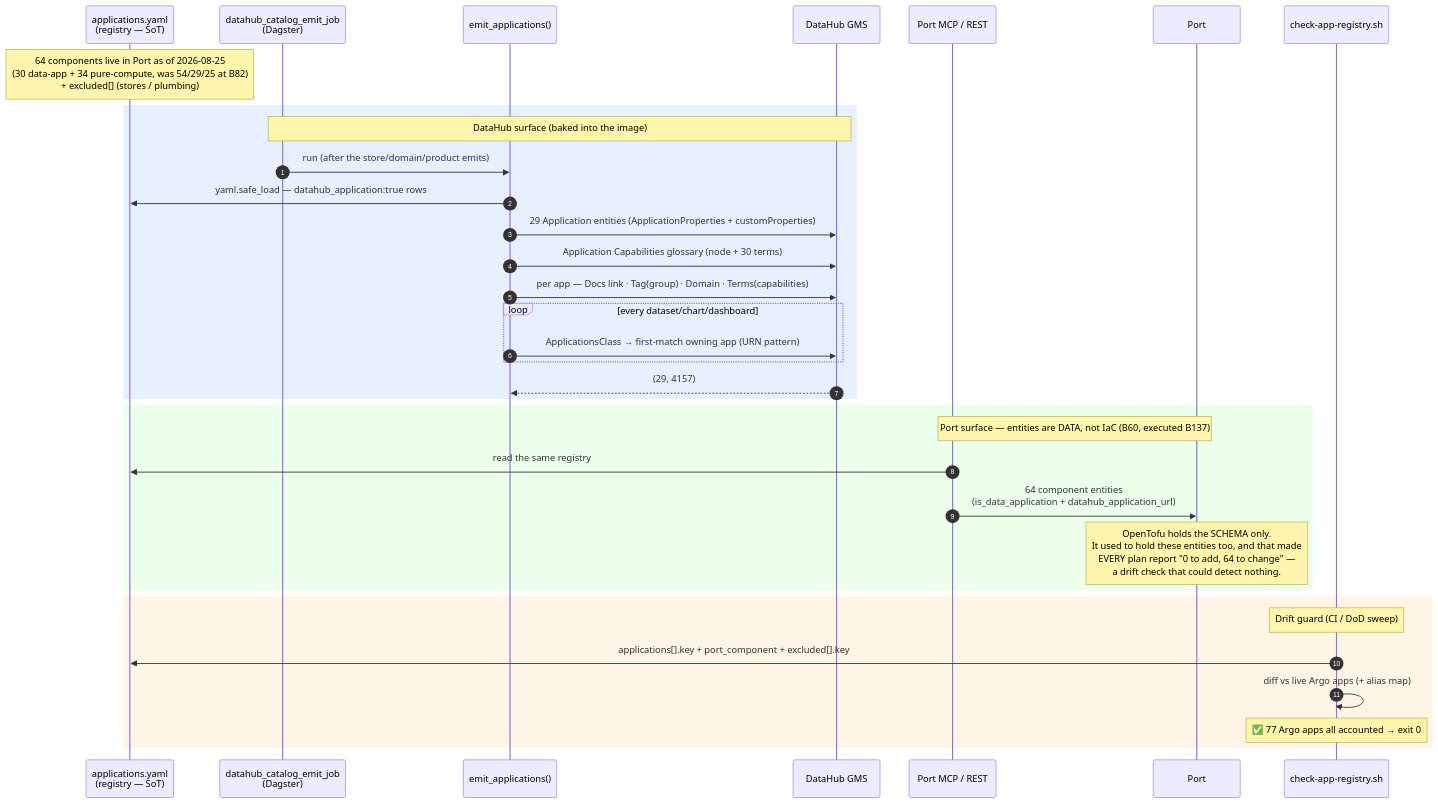
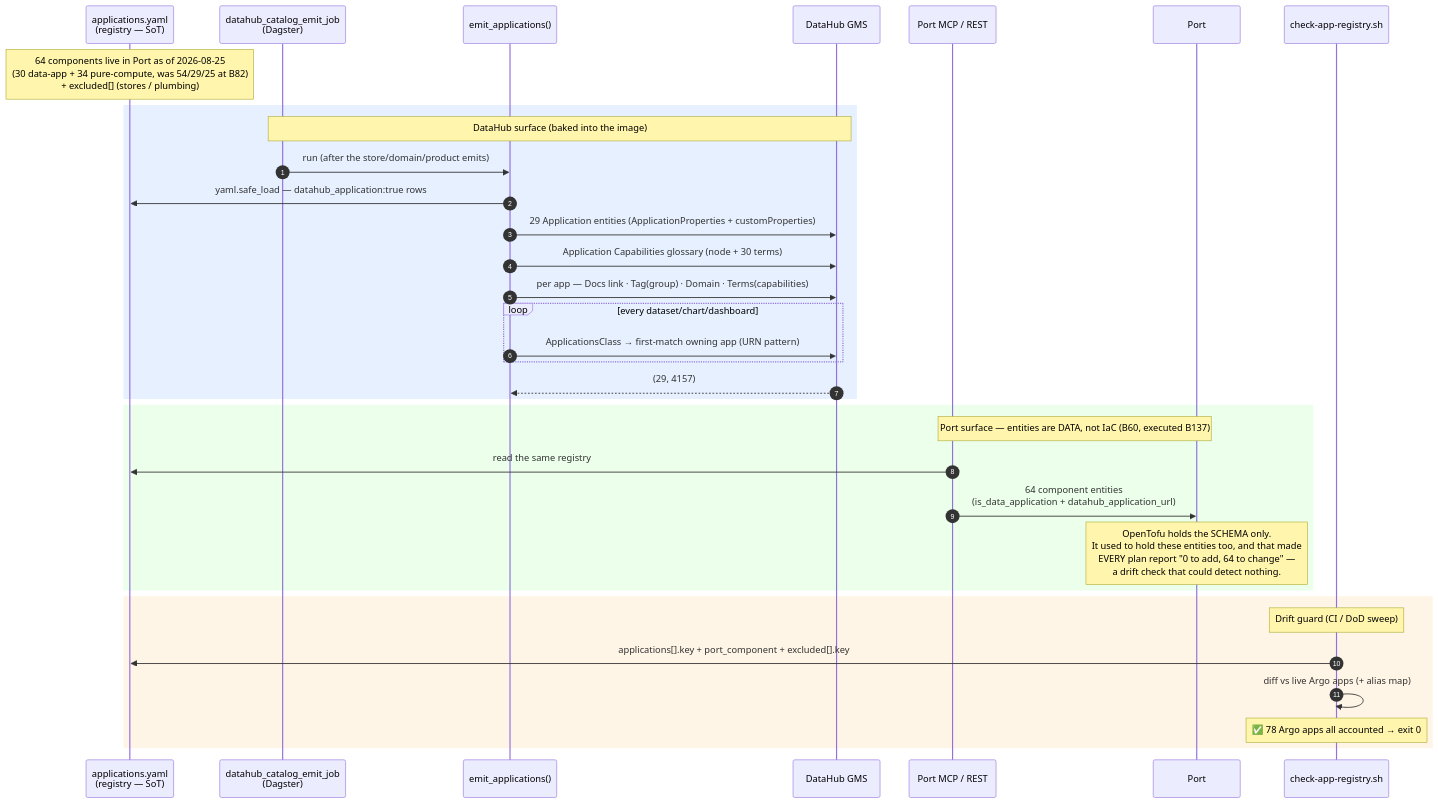
The diagram in docs/diagrams/flow-application-taxonomy.md (edtbl76/weyland-lab), drawn with Mermaid before and after one commit. The commit also changed 17 other files, not shown here.

````diff
--- a/docs/diagrams/flow-application-taxonomy.md
+++ b/docs/diagrams/flow-application-taxonomy.md
@@ -6,40 +6,40 @@
 ```mermaid
 sequenceDiagram
     autonumber
     participant REG as applications.yaml<br/>(registry — SoT)
     participant JOB as datahub_catalog_emit_job<br/>(Dagster)
     participant EMIT as emit_applications()
     participant GMS as DataHub GMS
     participant MCP as Port MCP / REST
     participant PORT as Port
     participant CHK as check-app-registry.sh
 
     Note over REG: 64 components live in Port as of 2026-08-25<br/>(30 data-app + 34 pure-compute, was 54/29/25 at B82)<br/>+ excluded[] (stores / plumbing)
 
     rect rgb(230,240,255)
     Note over JOB,GMS: DataHub surface (baked into the image)
     JOB->>EMIT: run (after the store/domain/product emits)
     EMIT->>REG: yaml.safe_load — datahub_application:true rows
     EMIT->>GMS: 29 Application entities (ApplicationProperties + customProperties)
     EMIT->>GMS: Application Capabilities glossary (node + 30 terms)
     EMIT->>GMS: per app — Docs link · Tag(group) · Domain · Terms(capabilities)
     loop every dataset/chart/dashboard
         EMIT->>GMS: ApplicationsClass → first-match owning app (URN pattern)
     end
     GMS-->>EMIT: (29, 4157)
     end
 
     rect rgb(235,255,235)
     Note over MCP,PORT: Port surface — entities are DATA, not IaC (B60, executed B137)
     MCP->>REG: read the same registry
     MCP->>PORT: 64 component entities<br/>(is_data_application + datahub_application_url)
     Note over PORT: OpenTofu holds the SCHEMA only.<br/>It used to hold these entities too, and that made<br/>EVERY plan report "0 to add, 64 to change" —<br/>a drift check that could detect nothing.
     end
 
     rect rgb(255,245,230)
     Note over CHK: Drift guard (CI / DoD sweep)
     CHK->>REG: applications[].key + port_component + excluded[].key
     CHK->>CHK: diff vs live Argo apps (+ alias map)
-    Note over CHK: ✅ 77 Argo apps all accounted → exit 0
+    Note over CHK: ✅ 78 Argo apps all accounted → exit 0
     end
 ```
````
